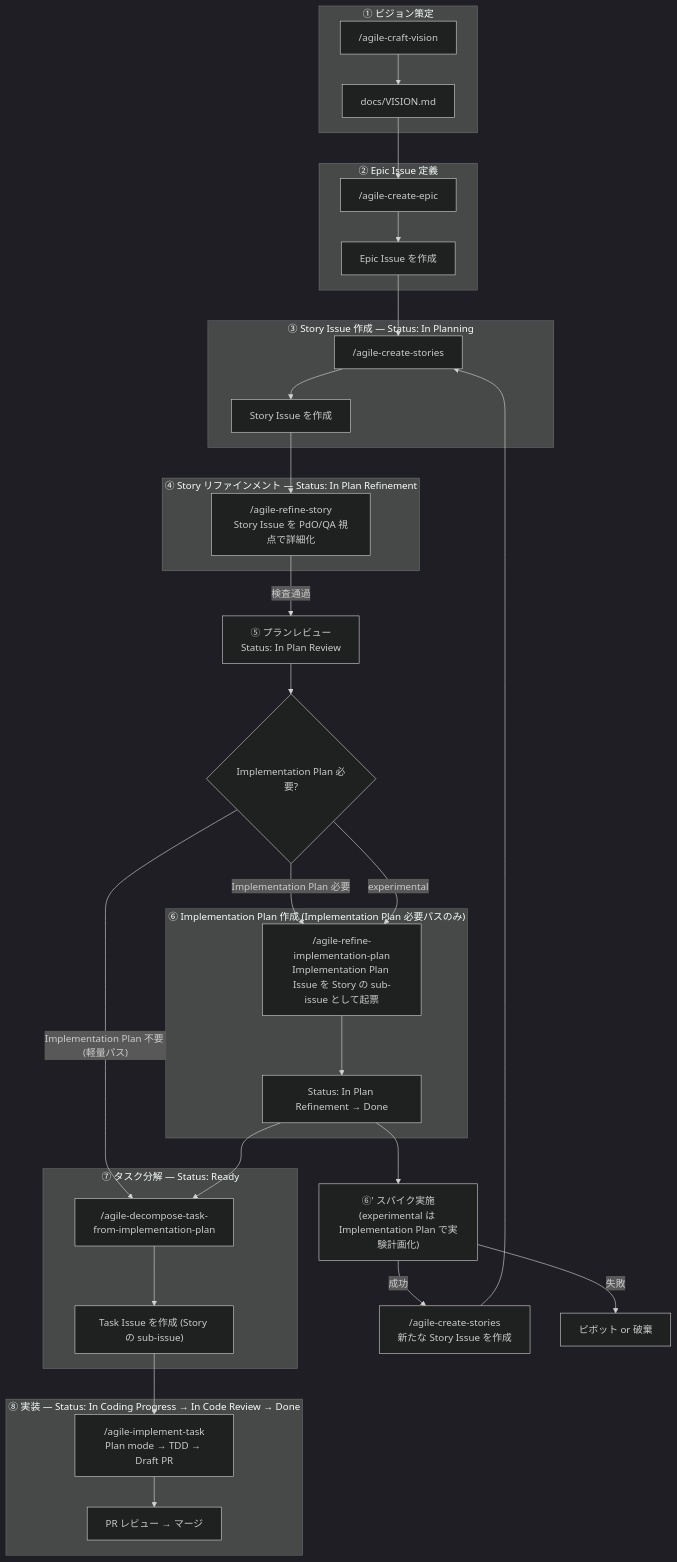
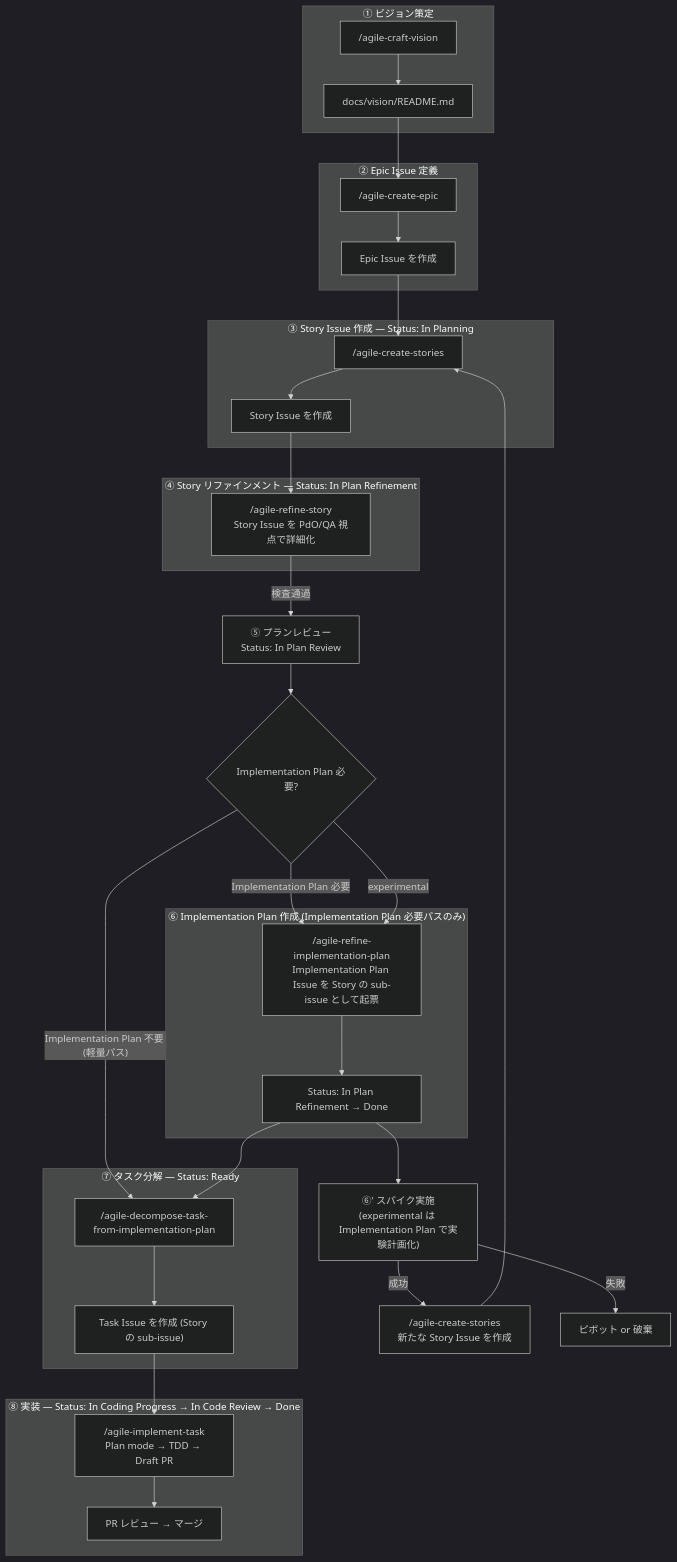
Before and after one commit to mrtry-lab/skills: the diagram in docs/agile-workflow/README.md, drawn with Mermaid (dark theme). The commit also changed other lines of this file and 31 other files, not shown here.

````diff
--- a/docs/agile-workflow/README.md
+++ b/docs/agile-workflow/README.md
@@ -30,64 +30,64 @@
 ```mermaid
 flowchart TB
   subgraph vision["① ビジョン策定"]
     v1["/agile-craft-vision"]
-    v2["docs/VISION.md"]
+    v2["docs/vision/README.md"]
     v1 --> v2
   end
 
   subgraph epicdef["② Epic Issue 定義"]
     e1["/agile-create-epic"]
     e2["Epic Issue を作成"]
     e1 --> e2
   end
 
   subgraph planning["③ Story Issue 作成 — Status: In Planning"]
     b1["/agile-create-stories"]
     b2["Story Issue を作成"]
     b1 --> b2
   end
 
   subgraph refinement["④ Story リファインメント — Status: In Plan Refinement"]
     r1["/agile-refine-story\nStory Issue を PdO/QA 視点で詳細化"]
   end
 
   review["⑤ プランレビュー\nStatus: In Plan Review"]
 
   plan_decision{"Implementation Plan 必要?"}
 
   subgraph plan_phase["⑥ Implementation Plan 作成 (Implementation Plan 必要パスのみ)"]
     p1["/agile-refine-implementation-plan\nImplementation Plan Issue を Story の sub-issue として起票"]
     p2["Status: In Plan Refinement → Done"]
     p1 --> p2
   end
 
   subgraph taskphase["⑦ タスク分解 — Status: Ready"]
     t1["/agile-decompose-task-from-implementation-plan"]
     t2["Task Issue を作成 (Story の sub-issue)"]
     t1 --> t2
   end
 
   subgraph coding["⑧ 実装 — Status: In Coding Progress → In Code Review → Done"]
     c1["/agile-implement-task\nPlan mode → TDD → Draft PR"]
     c2["PR レビュー → マージ"]
     c1 --> c2
   end
 
   spike["⑥' スパイク実施\n(experimental は Implementation Plan で実験計画化)"]
   newstory["/agile-create-stories\n新たな Story Issue を作成"]
   pivot["ピボット or 破棄"]
 
   v2 --> e1
   e2 --> b1
   b2 --> r1
   r1 -- "検査通過" --> review --> plan_decision
   plan_decision -- "Implementation Plan 必要" --> p1
   plan_decision -- "Implementation Plan 不要 (軽量パス)" --> t1
   p2 --> t1
   t2 --> c1
   plan_decision -- "experimental" --> p1
   p2 --> spike
   spike -- "成功" --> newstory
   spike -- "失敗" --> pivot
   newstory --> b1
 ```
````
